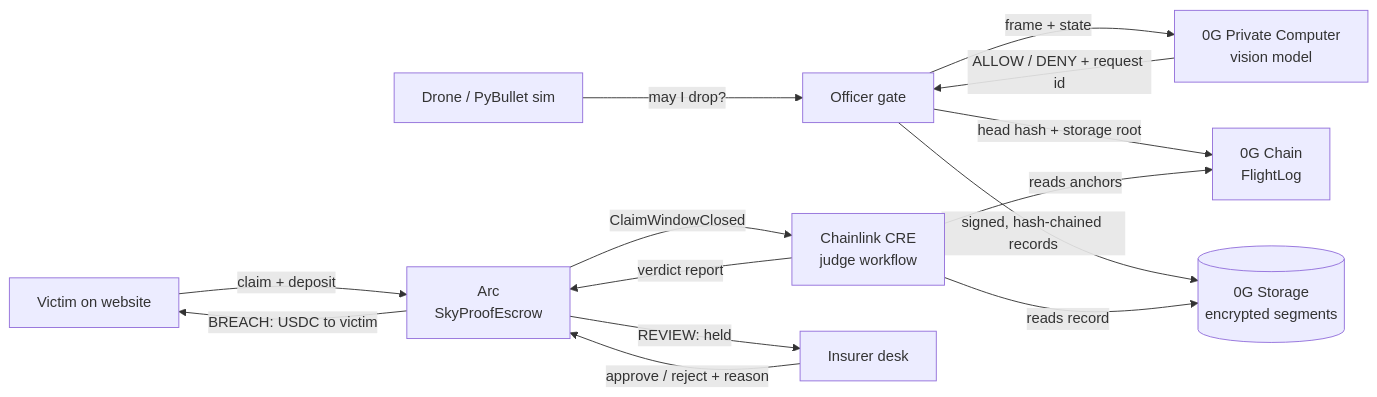
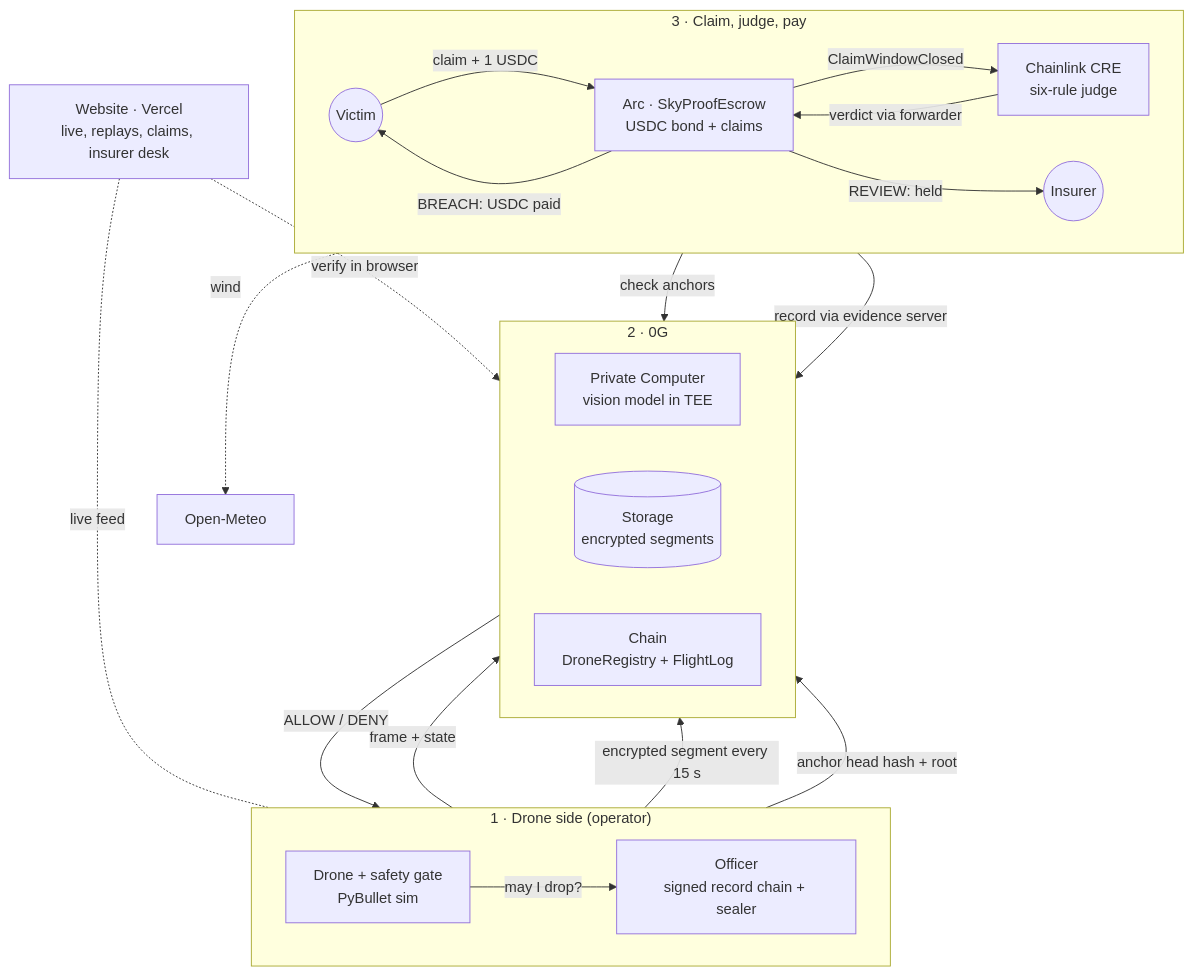
The first of 2 diagrams in README.md (mithileshofficial06/skyproof), drawn with Mermaid before and after one commit. The commit also changed other lines of this file and 31 other files, not shown here.

First line of the commit message:
README rewrite with architecture + claim-flow diagrams; hero scroll fix; final checks

````diff
--- a/README.md
+++ b/README.md
@@ -47,16 +31,33 @@
 ```mermaid
-flowchart LR
-  D[Drone / PyBullet sim] -- "may I drop?" --> O[Officer gate]
-  O -- frame + state --> ZC[0G Private Computer<br/>vision model]
-  ZC -- ALLOW / DENY + request id --> O
-  O -- signed, hash-chained records --> ZS[(0G Storage<br/>encrypted segments)]
-  O -- head hash + storage root --> ZG[0G Chain<br/>FlightLog]
-  V[Victim on website] -- claim + deposit --> A[Arc<br/>SkyProofEscrow]
-  A -- ClaimWindowClosed --> C[Chainlink CRE<br/>judge workflow]
-  C -- reads anchors --> ZG
-  C -- reads record --> ZS
-  C -- verdict report --> A
-  A -- BREACH: USDC to victim --> V
-  A -- REVIEW: held --> I[Insurer desk]
-  I -- approve / reject + reason --> A
+flowchart TB
+  subgraph DRONE["1 · Drone side (operator)"]
+    direction LR
+    SIM["Drone + safety gate<br/>PyBullet sim"] -- "may I drop?" --> OFF["Officer<br/>signed record chain + sealer"]
+  end
+
+  subgraph ZG["2 · 0G"]
+    direction LR
+    PC["Private Computer<br/>vision model in TEE"]
+    ST[("Storage<br/>encrypted segments")]
+    CH["Chain<br/>DroneRegistry + FlightLog"]
+  end
+
+  subgraph CLAIM["3 · Claim, judge, pay"]
+    direction LR
+    V(("Victim")) -- "claim + 1 USDC" --> ESC["Arc · SkyProofEscrow<br/>USDC bond + claims"]
+    ESC -- "ClaimWindowClosed" --> CRE["Chainlink CRE<br/>six-rule judge"]
+    CRE -- "verdict via forwarder" --> ESC
+    ESC -- "BREACH: USDC paid" --> V
+    ESC -- "REVIEW: held" --> INS(("Insurer"))
+  end
+
+  OFF -- "frame + state" --> PC
+  PC -- "ALLOW / DENY" --> OFF
+  OFF -- "encrypted segment every 15 s" --> ST
+  OFF -- "anchor head hash + root" --> CH
+  CRE -- "check anchors" --> CH
+  CRE -- "record via evidence server" --> ST
+  CRE -. "wind" .-> OM["Open-Meteo"]
+  WEB["Website · Vercel<br/>live, replays, claims, insurer desk"] -. "live feed" .- OFF
+  WEB -. "verify in browser" .-> CH
 ```
````
